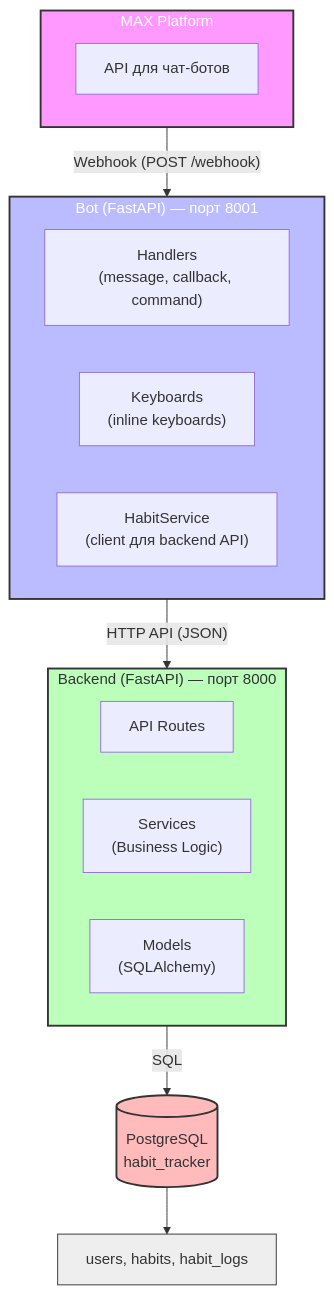
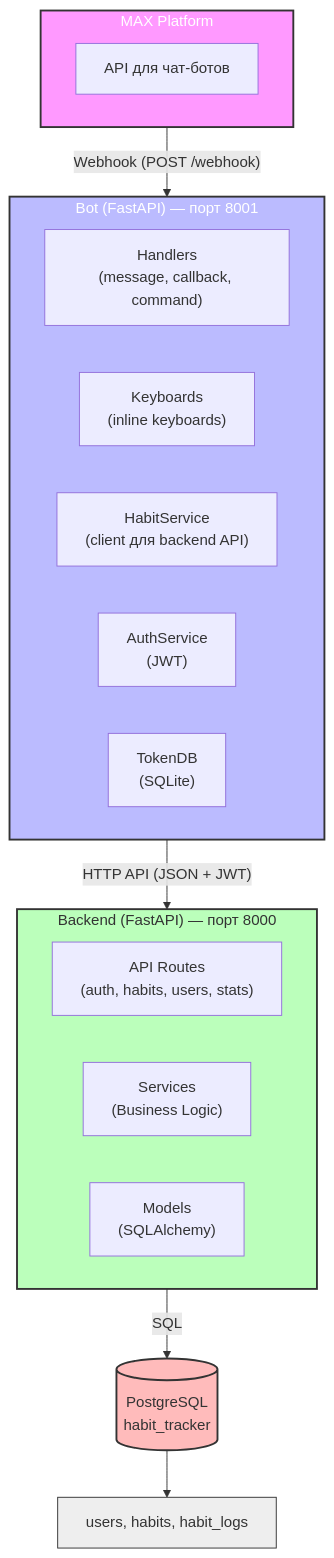
One commit to Lenar24/TrackingHabits changed the diagram in README.md. Above: the diagram before and after it, drawn with Mermaid. The commit also changed other lines of this file and 22 other files, not shown here.

````diff
--- a/README.md
+++ b/README.md
@@ -259,34 +265,36 @@
 ```mermaid
 flowchart TB
     subgraph MAX["MAX Platform"]
         MAX1["API для чат-ботов"]
     end
     
     MAX -->|"Webhook (POST /webhook)"| BOT
     
     subgraph BOT["Bot (FastAPI) — порт 8001"]
         direction LR
         B1["Handlers<br/>(message, callback, command)"]
         B2["Keyboards<br/>(inline keyboards)"]
         B3["HabitService<br/>(client для backend API)"]
+        B4["AuthService<br/>(JWT)"]
+        B5["TokenDB<br/>(SQLite)"]
     end
     
-    BOT -->|"HTTP API (JSON)"| BACKEND
+    BOT -->|"HTTP API (JSON + JWT)"| BACKEND
     
     subgraph BACKEND["Backend (FastAPI) — порт 8000"]
         direction LR
-        C1["API Routes"]
+        C1["API Routes<br/>(auth, habits, users, stats)"]
         C2["Services<br/>(Business Logic)"]
         C3["Models<br/>(SQLAlchemy)"]
     end
     
     BACKEND --> |"SQL"| DB[("PostgreSQL<br/>habit_tracker")]
     
     DB --> TABLES["users, habits, habit_logs"]
     
     style MAX fill:#f9f,stroke:#333,stroke-width:2px,color:#fff
     style BOT fill:#bbf,stroke:#333,stroke-width:2px,color:#fff
     style BACKEND fill:#bfb,stroke:#333,stroke-width:2px
     style DB fill:#fbb,stroke:#333,stroke-width:2px
     style TABLES fill:#eee,stroke:#333,stroke-width:1px
 ```
````
